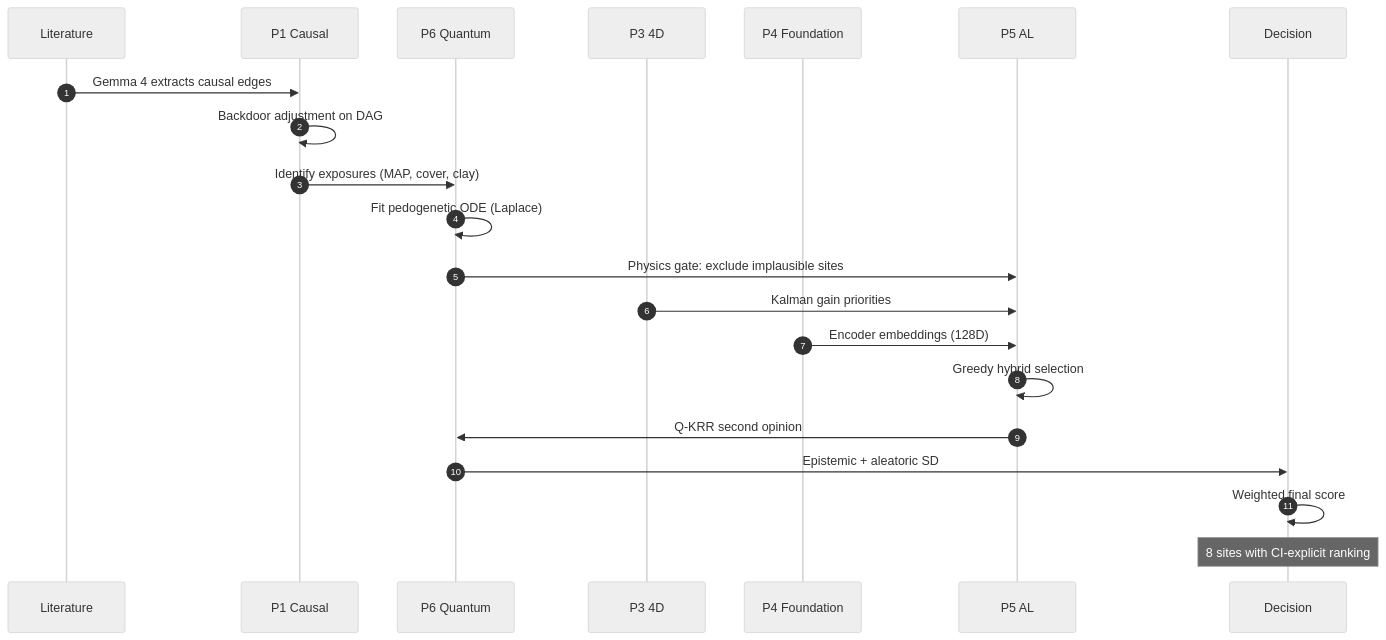
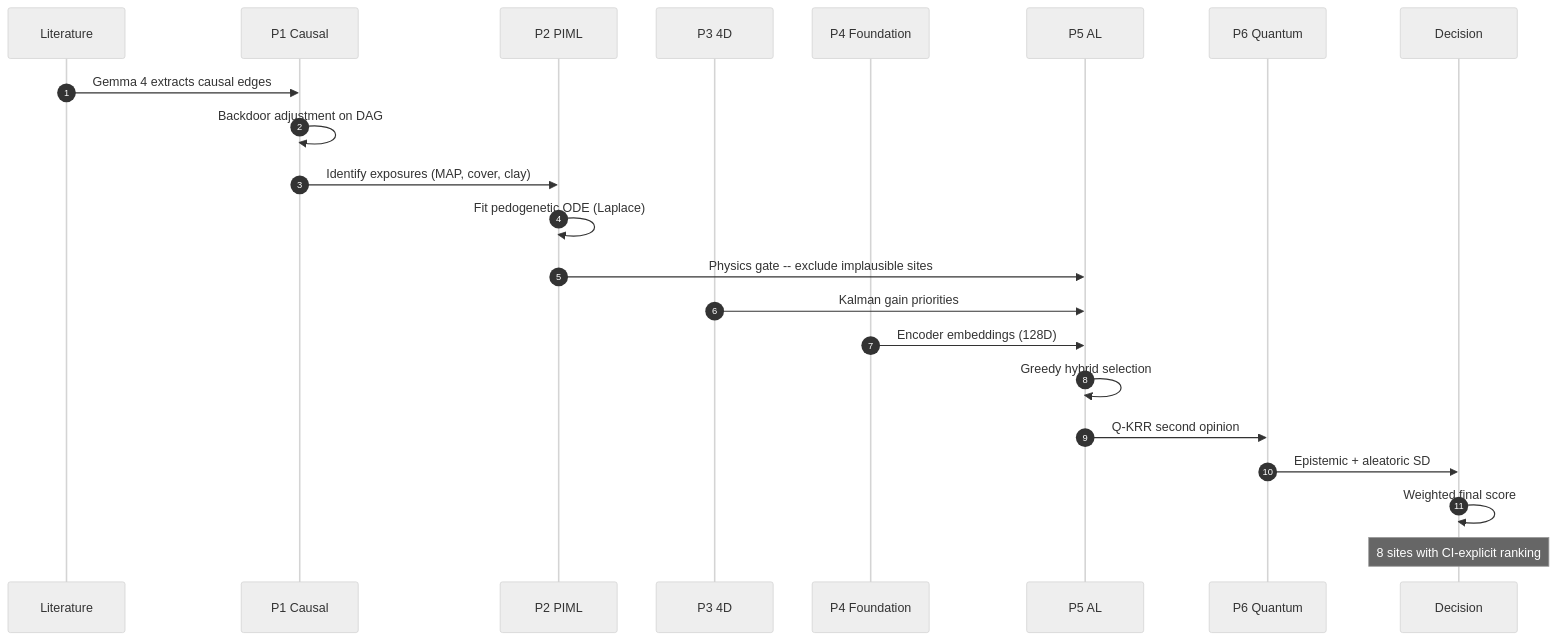
The second of 3 diagrams in README.md (HugoMachadoRodrigues/edaphos), drawn with Mermaid (neutral theme) before and after one commit. The commit also changed other lines of this file and 1 other file, not shown here.

````diff
--- a/README.md
+++ b/README.md
@@ -156,25 +156,25 @@
 ```mermaid
 sequenceDiagram
     autonumber
-    participant 📝 as Literature
-    participant 🧠 as P1 Causal
-    participant ⚛️ as P2 PIML
-    participant 🕓 as P3 4D
-    participant 🖼️ as P4 Foundation
-    participant 🎯 as P5 AL
-    participant ⚛️ as P6 Quantum
-    participant 🎬 as Decision
+    participant LIT as Literature
+    participant P1 as P1 Causal
+    participant P2 as P2 PIML
+    participant P3 as P3 4D
+    participant P4 as P4 Foundation
+    participant P5 as P5 AL
+    participant P6 as P6 Quantum
+    participant DEC as Decision
 
-    📝->>🧠: Gemma 4 extracts causal edges
-    🧠->>🧠: Backdoor adjustment on DAG
-    🧠->>⚛️: Identify exposures (MAP, cover, clay)
-    ⚛️->>⚛️: Fit pedogenetic ODE (Laplace)
-    ⚛️->>🎯: Physics gate: exclude implausible sites
-    🕓->>🎯: Kalman gain priorities
-    🖼️->>🎯: Encoder embeddings (128D)
-    🎯->>🎯: Greedy hybrid selection
-    🎯->>⚛️: Q-KRR second opinion
-    ⚛️->>🎬: Epistemic + aleatoric SD
-    🎬->>🎬: Weighted final score
-    Note over 🎬: 8 sites with CI-explicit ranking
+    LIT->>P1: Gemma 4 extracts causal edges
+    P1->>P1: Backdoor adjustment on DAG
+    P1->>P2: Identify exposures (MAP, cover, clay)
+    P2->>P2: Fit pedogenetic ODE (Laplace)
+    P2->>P5: Physics gate -- exclude implausible sites
+    P3->>P5: Kalman gain priorities
+    P4->>P5: Encoder embeddings (128D)
+    P5->>P5: Greedy hybrid selection
+    P5->>P6: Q-KRR second opinion
+    P6->>DEC: Epistemic + aleatoric SD
+    DEC->>DEC: Weighted final score
+    Note over DEC: 8 sites with CI-explicit ranking
 ```
````
